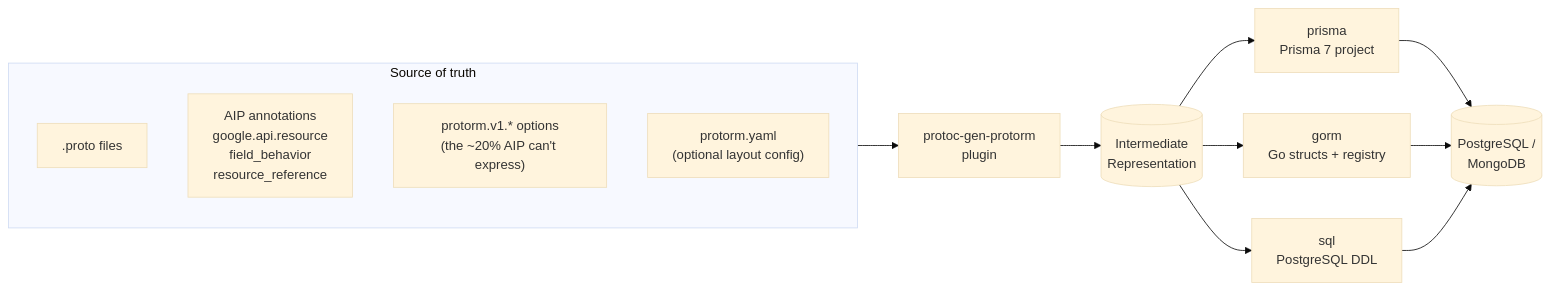
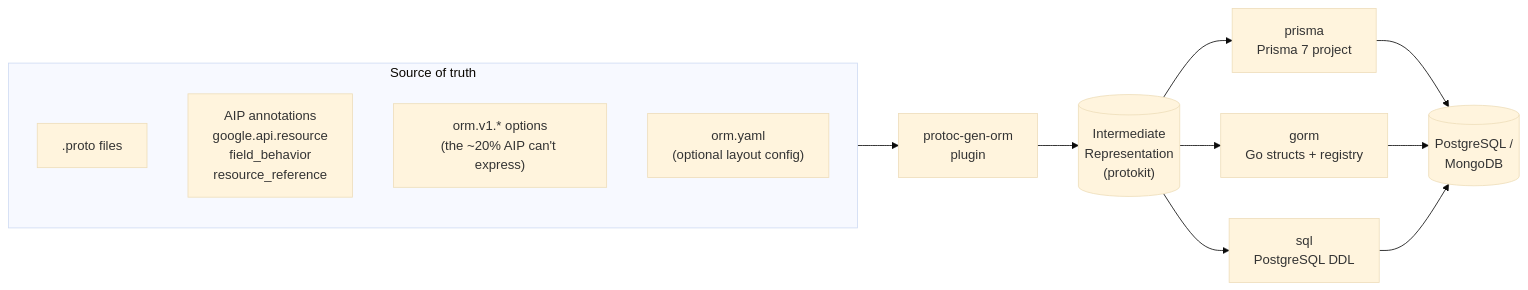
The first of 4 diagrams in README.md (the-protobuf-project/orm), drawn with Mermaid (base theme) before and after one commit. The commit also changed other lines of this file and 337 other files, not shown here.

First line of the commit message:
feat: add ORM protobuf definitions for datasource, table, and column options

````diff
--- a/README.md
+++ b/README.md
@@ -73,21 +76,21 @@
 ```mermaid
 flowchart LR
     subgraph Source["Source of truth"]
         direction TB
         P[".proto files"]
         A["AIP annotations<br/>google.api.resource<br/>field_behavior<br/>resource_reference"]
-        O["protorm.v1.* options<br/>(the ~20% AIP can't express)"]
-        C["protorm.yaml<br/>(optional layout config)"]
+        O["orm.v1.* options<br/>(the ~20% AIP can't express)"]
+        C["orm.yaml<br/>(optional layout config)"]
     end
 
-    Source --> G["protoc-gen-protorm<br/>plugin"]
-    G --> IR[("Intermediate<br/>Representation")]
+    Source --> G["protoc-gen-orm<br/>plugin"]
+    G --> IR[("Intermediate<br/>Representation<br/>(protokit)")]
 
     IR --> PR["prisma<br/>Prisma 7 project"]
     IR --> GO["gorm<br/>Go structs + registry"]
     IR --> SQL["sql<br/>PostgreSQL DDL"]
 
     PR --> DB[("PostgreSQL /<br/>MongoDB")]
     GO --> DB
     SQL --> DB
 ```
````
